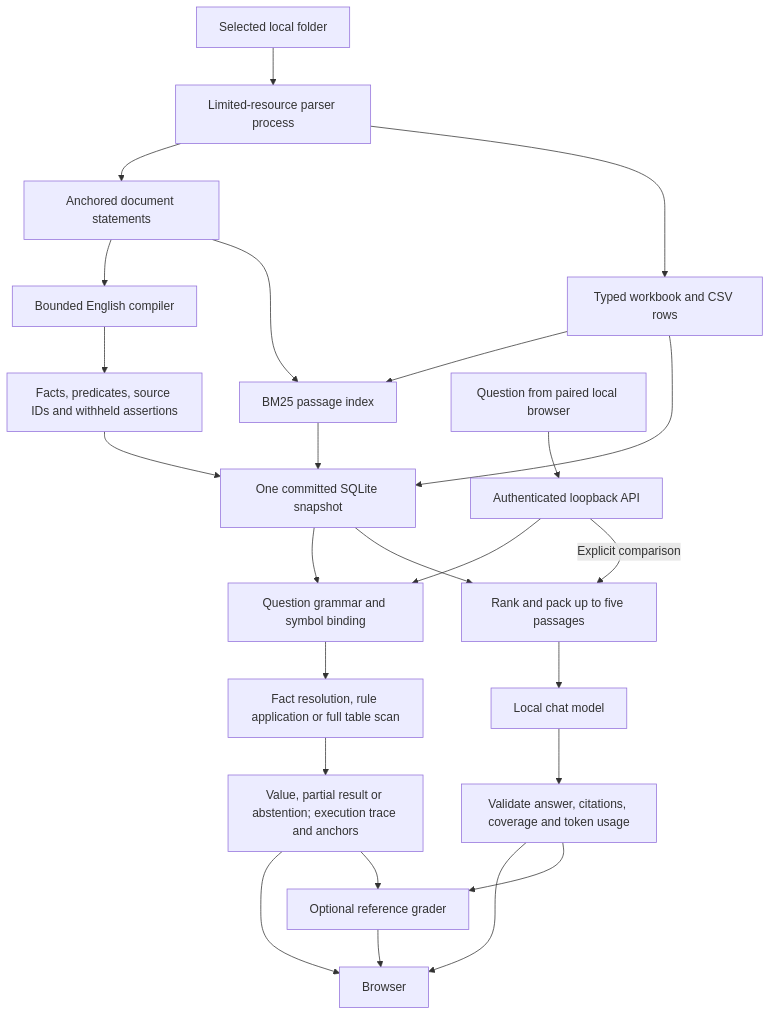
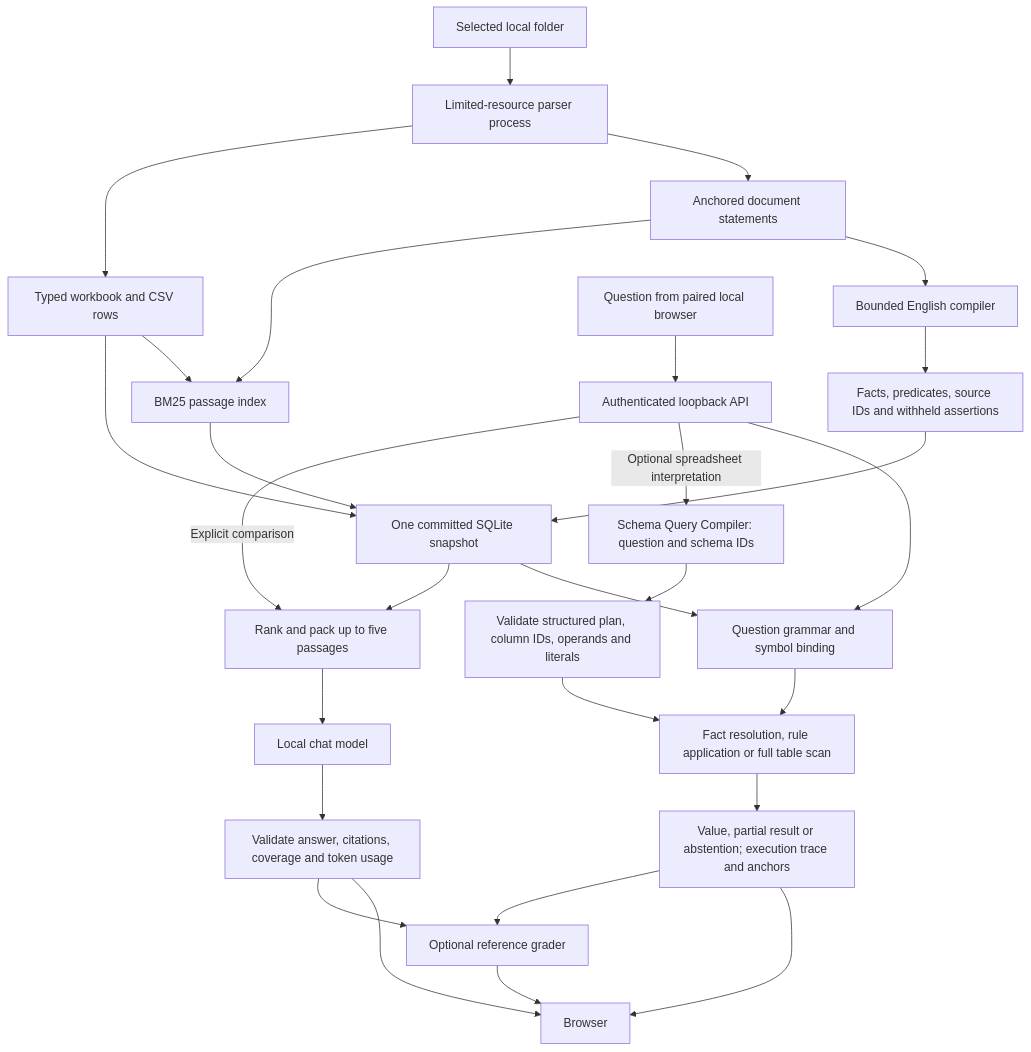
The diagram in docs/architecture.md (dataswarmproject/fieldnote), drawn with Mermaid before and after one commit. The commit also changed other lines of this file and 18 other files, not shown here.

Commit message:
Name the Local Dataset Query Engine and integrate a schema-only model compiler

````diff
--- a/docs/architecture.md
+++ b/docs/architecture.md
@@ -5,27 +5,30 @@
 ```mermaid
 flowchart TB
     F["Selected local folder"] --> W["Limited-resource parser process"]
     W --> P["Anchored document statements"]
     W --> T["Typed workbook and CSV rows"]
     P --> C["Bounded English compiler"]
     C --> K["Facts, predicates, source IDs and withheld assertions"]
     P --> B["BM25 passage index"]
     T --> B
     K --> S["One committed SQLite snapshot"]
     T --> S
     B --> S
     Q["Question from paired local browser"] --> A["Authenticated loopback API"]
     A --> E["Question grammar and symbol binding"]
+    A -->|"Optional spreadsheet interpretation"| SC["Schema Query Compiler: question and schema IDs"]
+    SC --> PV["Validate structured plan, column IDs, operands and literals"]
+    PV --> X
     S --> E
     E --> X["Fact resolution, rule application or full table scan"]
     X --> R["Value, partial result or abstention; execution trace and anchors"]
     A -->|"Explicit comparison"| G["Rank and pack up to five passages"]
     S --> G
     G --> M["Local chat model"]
     M --> V["Validate answer, citations, coverage and token usage"]
     R --> UI["Browser"]
     V --> UI
     R --> H["Optional reference grader"]
     V --> H
     H --> UI
 ```
````
